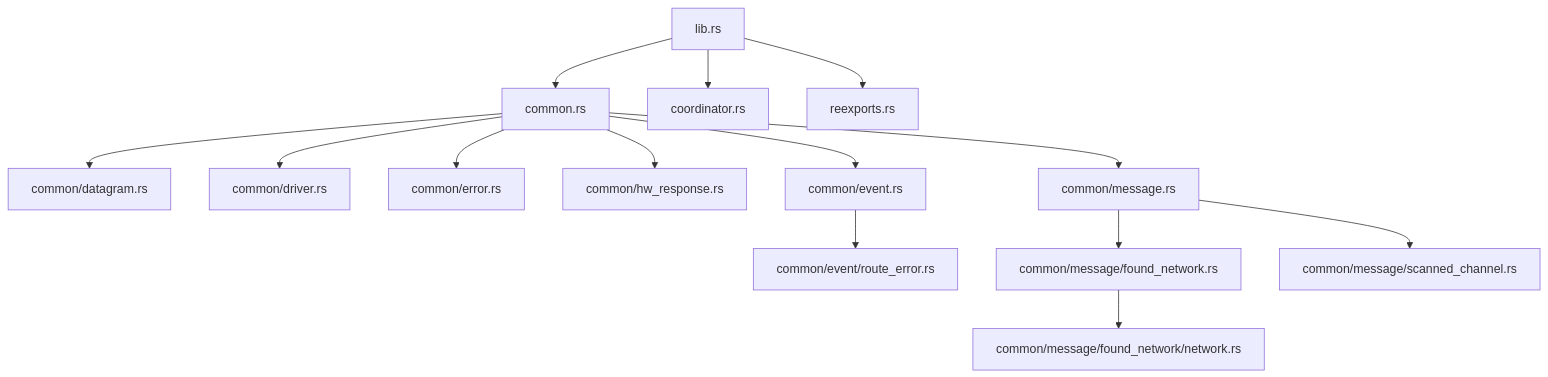
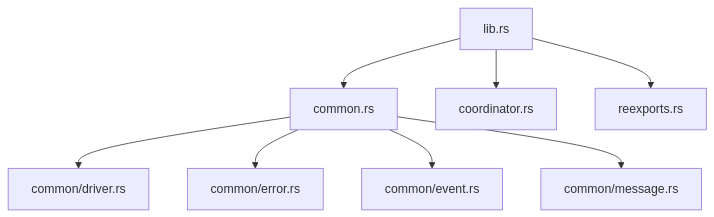
One commit to PaulmannLighting/apis-saltans changed the third of 3 diagrams in hw/ARCHITECTURE.md. Above: the diagram before and after it, drawn with Mermaid. The commit also changed other lines of this file and 37 other files, not shown here.

````diff
--- a/hw/ARCHITECTURE.md
+++ b/hw/ARCHITECTURE.md
@@ -210,16 +87,10 @@
 ```mermaid
 flowchart TD
-    lib["lib.rs"] --> common["common.rs"]
-    lib --> coordinator["coordinator.rs"]
-    lib --> reexports["reexports.rs"]
-    common --> datagram["common/datagram.rs"]
-    common --> driver["common/driver.rs"]
-    common --> error["common/error.rs"]
-    common --> hw_response["common/hw_response.rs"]
-    common --> event["common/event.rs"]
-    event --> route_error["common/event/route_error.rs"]
-    common --> message["common/message.rs"]
-    message --> found_network["common/message/found_network.rs"]
-    found_network --> network["common/message/found_network/network.rs"]
-    message --> scanned_channel["common/message/scanned_channel.rs"]
+    L[lib.rs] --> C[common.rs]
+    L --> N[coordinator.rs]
+    L --> R[reexports.rs]
+    C --> D[common/driver.rs]
+    C --> E[common/error.rs]
+    C --> V[common/event.rs]
+    C --> M[common/message.rs]
 ```
````
